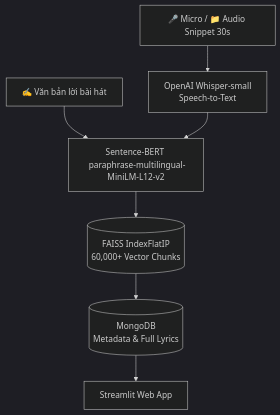
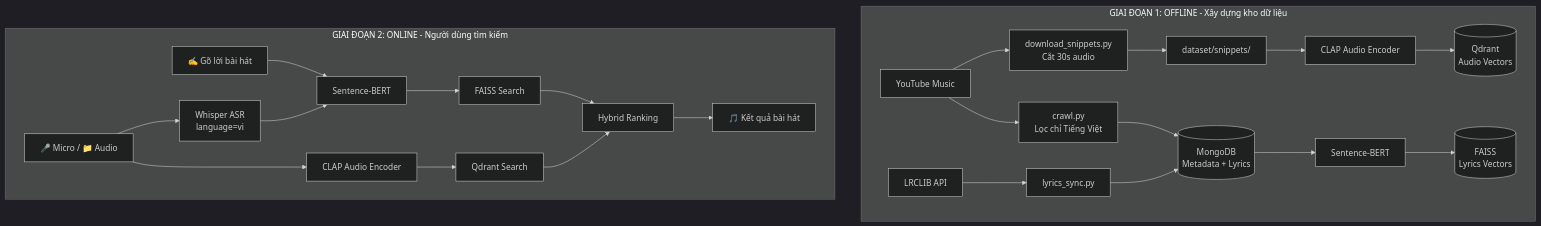
The diagram in README.md (DucDuong261/LyricsSearch), drawn with Mermaid (dark theme) before and after one commit. The commit also changed other lines of this file and 48 other files, not shown here.

````diff
--- a/README.md
+++ b/README.md
@@ -20,9 +20,32 @@
 ```mermaid
 flowchart TD
-    Audio[🎤 Micro / 📁 Audio Snippet 30s] --> Whisper[OpenAI Whisper-small <br/> Speech-to-Text]
-    Text[✍️ Văn bản lời bài hát] --> SBERT[Sentence-BERT <br/> paraphrase-multilingual-MiniLM-L12-v2]
-    Whisper --> SBERT
-    SBERT --> FAISS[(FAISS IndexFlatIP <br/> 60,000+ Vector Chunks)]
-    FAISS --> Mongo[(MongoDB <br/> Metadata & Full Lyrics)]
-    Mongo --> UI[Streamlit Web App]
+    subgraph OFFLINE["GIAI ĐOẠN 1: OFFLINE - Xây dựng kho dữ liệu"]
+        YT[YouTube Music] --> Crawl[crawl.py<br/>Lọc chỉ Tiếng Việt]
+        Crawl --> MongoDB[(MongoDB<br/>Metadata + Lyrics)]
+        LRCLIB[LRCLIB API] --> Lyrics[lyrics_sync.py]
+        Lyrics --> MongoDB
+        YT --> Download[download_snippets.py<br/>Cắt 30s audio]
+        Download --> Snippets[dataset/snippets/]
+        
+        Snippets --> CLAP[CLAP Audio Encoder]
+        CLAP --> Qdrant[(Qdrant<br/>Audio Vectors)]
+        
+        MongoDB --> SBERT_OFF[Sentence-BERT]
+        SBERT_OFF --> FAISS[(FAISS<br/>Lyrics Vectors)]
+    end
+
+    subgraph ONLINE["GIAI ĐOẠN 2: ONLINE - Người dùng tìm kiếm"]
+        Input_Audio[🎤 Micro / 📁 Audio] --> Whisper[Whisper ASR<br/>language=vi]
+        Input_Audio --> CLAP_Q[CLAP Audio Encoder]
+        Input_Text[✍️ Gõ lời bài hát] --> SBERT_ON[Sentence-BERT]
+        Whisper --> SBERT_ON
+        
+        SBERT_ON --> FAISS_S[FAISS Search]
+        CLAP_Q --> Qdrant_S[Qdrant Search]
+        
+        FAISS_S --> Hybrid[Hybrid Ranking]
+        Qdrant_S --> Hybrid
+        
+        Hybrid --> Result[🎵 Kết quả bài hát]
+    end
 ```
````
